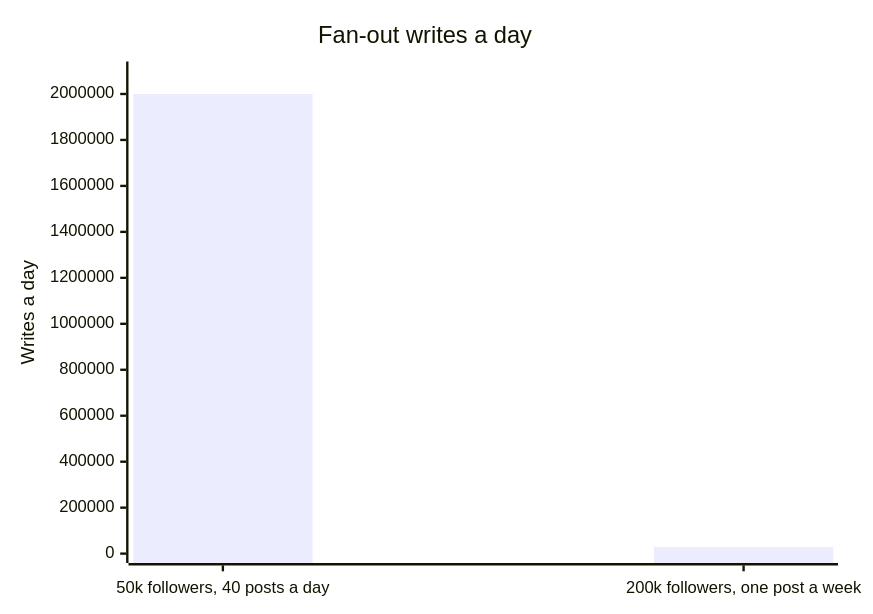
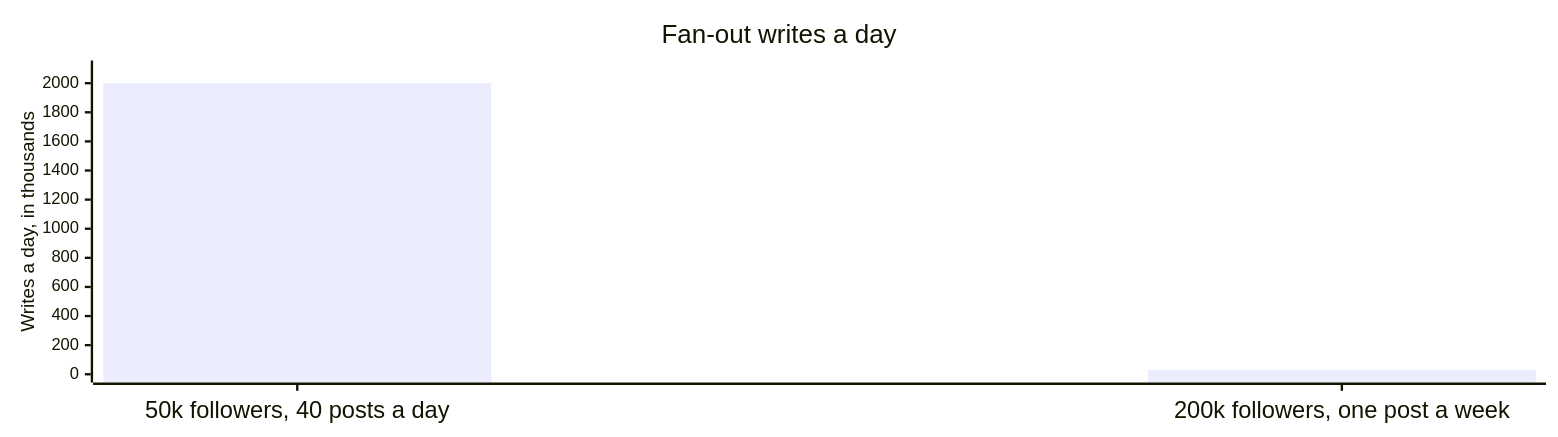
Before and after one commit to Laticent/lattice: diagram 27 of 32 in examples/system-design-foundations.md, drawn with Mermaid. The commit also changed other lines of this file and 2 other files, not shown here.

````diff
--- a/examples/system-design-foundations.md
+++ b/examples/system-design-foundations.md
@@ -2720,7 +2802,8 @@
 ```mermaid
+%%{init: {"xyChart": {"width": 1300, "height": 350, "titleFontSize": 22, "xAxis": {"labelFontSize": 20, "titleFontSize": 20}}}}%%
 xychart-beta
   title "Fan-out writes a day"
   x-axis ["50k followers, 40 posts a day", "200k followers, one post a week"]
-  y-axis "Writes a day" 0 --> 2100000
-  bar [2000000, 28571]
+  y-axis "Writes a day, in thousands" 0 --> 2100
+  bar [2000, 28.6]
 ```
````
